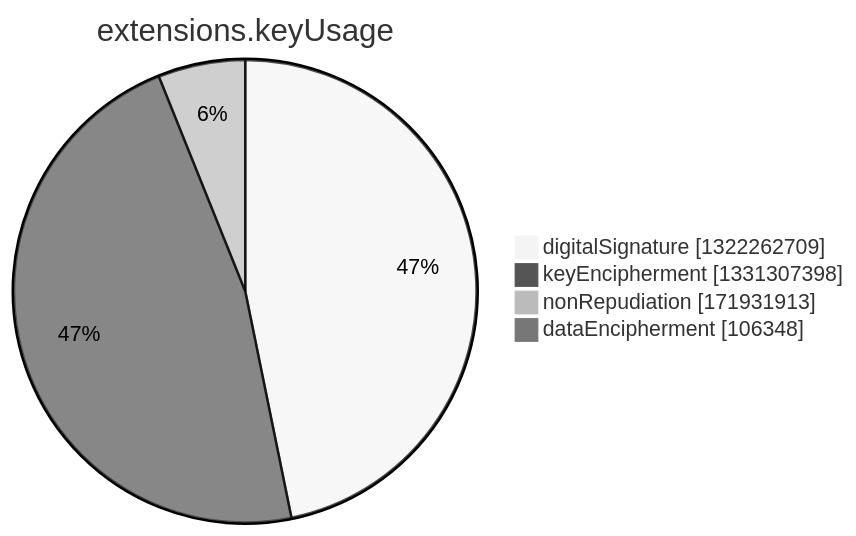
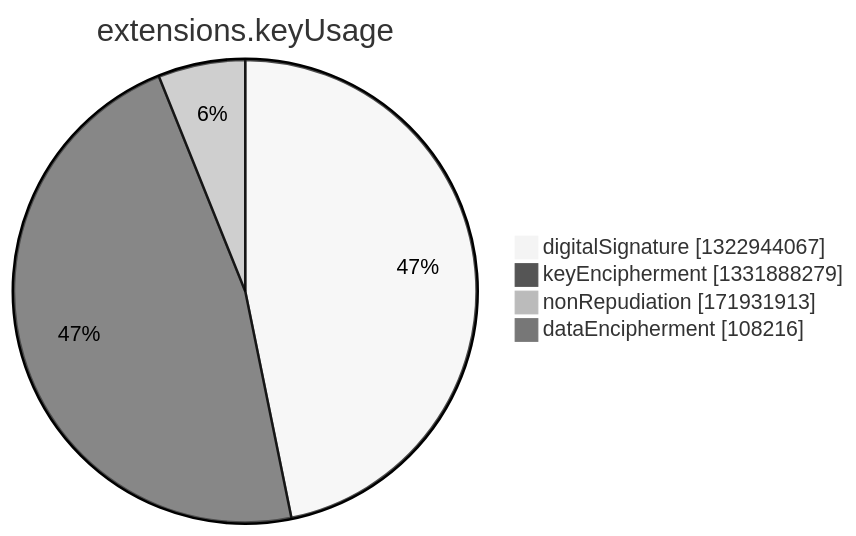
Before and after one commit to christiankrug/ctmonitor_visualization: the seventh of 15 diagrams in argon2022/README.md, drawn with Mermaid (neutral theme). The commit also changed other lines of this file, not shown here.

````diff
--- a/argon2022/README.md
+++ b/argon2022/README.md
@@ -2750,8 +2750,8 @@
 ```mermaid
 pie showData
 title extensions.keyUsage
-"digitalSignature" :1322262709
-"keyEncipherment" :1331307398
+"digitalSignature" :1322944067
+"keyEncipherment" :1331888279
 "nonRepudiation" :171931913
-"dataEncipherment" :106348
+"dataEncipherment" :108216
 ```
````
